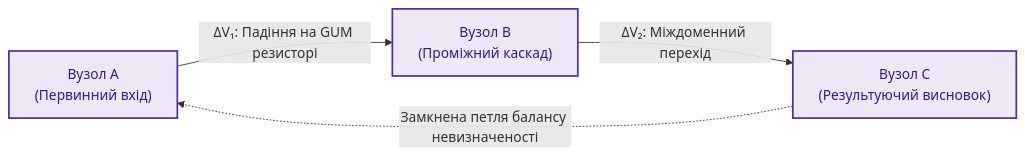
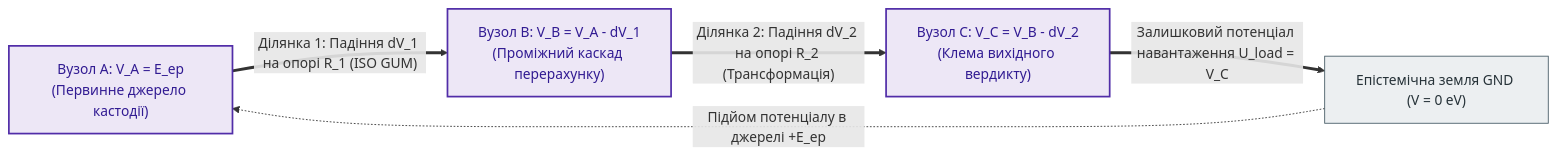
The second of 2 diagrams in Epistemic_Circuit_Theory/ch03-fedchyk-conservation-laws.md (nick-fedchik/articles), drawn with Mermaid before and after one commit. The commit also changed other lines of this file and 7 other files, not shown here.

````diff
--- a/Epistemic_Circuit_Theory/ch03-fedchyk-conservation-laws.md
+++ b/Epistemic_Circuit_Theory/ch03-fedchyk-conservation-laws.md
@@ -67,12 +114,20 @@
 ```mermaid
 flowchart LR
-    accTitle: Другий закон Федчика про падіння потенціалу достовірності у замкненій петлі
-    accDescr: Послідовне накопичення метрологічної невизначеності ΔV на кожній ділянці ланцюга виведення від входу до висновку.
+    accTitle: Рисунок 3.2. Другий закон Федчика про баланс потенціалів та накопичення невизначеності у петлі
+    accDescr: Послідовне падіння потенціалу достовірності ΔV_1 та ΔV_2 вздовж шляху виведення від джерела у вузлі A через проміжний вузол B до вихідного вузла C та замикання балансу через землю.
 
-    NodeA["Вузол A\n(Первинний вхід)"] -->|"ΔV₁: Падіння на GUM резисторі"| NodeB["Вузол B\n(Проміжний каскад)"]
-    NodeB -->|"ΔV₂: Міждоменний перехід"| NodeC["Вузол C\n(Результуючий висновок)"]
-    NodeC -.->|"Замкнена петля балансу невизначеності"| NodeA
+    NodeA["Вузол A: V_A = E_ep\n(Первинне джерело кастодії)"]
+    NodeB["Вузол B: V_B = V_A - dV_1\n(Проміжний каскад перерахунку)"]
+    NodeC["Вузол C: V_C = V_B - dV_2\n(Клема вихідного вердикту)"]
+    GND["Епістемічна земля GND (V = 0 eV)"]
 
-    classDef stepStyle fill:#ede7f6,stroke:#512da8,stroke-width:2px,color:#311b92;
-    class NodeA,NodeB,NodeC stepStyle;
+    NodeA ==>|"Ділянка 1: Падіння dV_1 на опорі R_1 (ISO GUM)"| NodeB
+    NodeB ==>|"Ділянка 2: Падіння dV_2 на опорі R_2 (Трансформація)"| NodeC
+    NodeC ==>|"Залишковий потенціал навантаження U_load = V_C"| GND
+    GND -.->|"Підйом потенціалу в джерелі +E_ep"| NodeA
+
+    classDef node fill:#ede7f6,stroke:#512da8,stroke-width:2px,color:#311b92;
+    classDef gnd fill:#eceff1,stroke:#455a64,stroke-width:1px,color:#263238;
+    class NodeA,NodeB,NodeC node;
+    class GND gnd;
 ```
````
